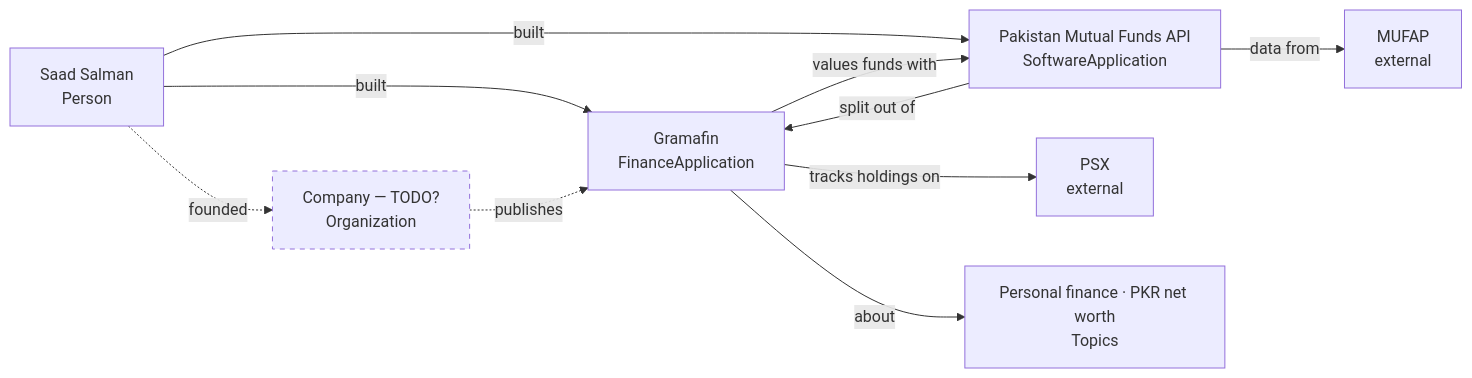
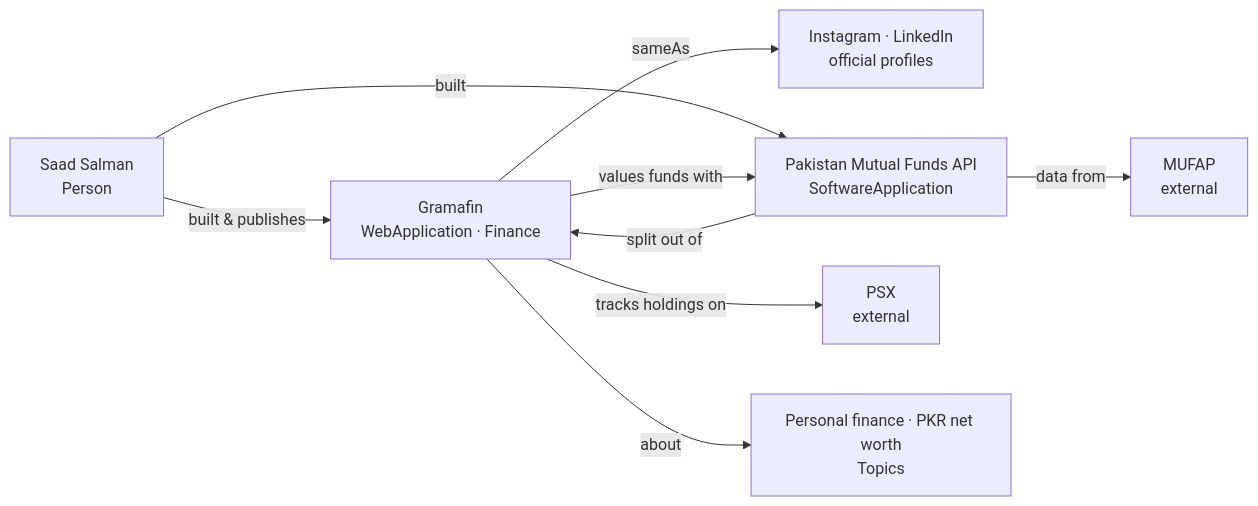
One commit to saadsalmankhan/entity-seo-skill changed the diagram in maps/gramafin.com/README.md. Above: the diagram before and after it, drawn with Mermaid. The commit also changed other lines of this file and 1 other file, not shown here.

First line of the commit message:
Update gramafin.com entity map with owner answers

````diff
--- a/maps/gramafin.com/README.md
+++ b/maps/gramafin.com/README.md
@@ -6,13 +6,12 @@
 ```mermaid
 graph LR
-  P[Saad Salman<br/>Person] -- built --> G[Gramafin<br/>FinanceApplication]
-  C[Company — TODO?<br/>Organization]:::todo -. publishes .-> G
-  P -. founded .-> C
+  P[Saad Salman<br/>Person] -- built & publishes --> G[Gramafin<br/>WebApplication · Finance]
+  G -- sameAs --> S[Instagram · LinkedIn<br/>official profiles]
   P -- built --> A[Pakistan Mutual Funds API<br/>SoftwareApplication]
   A -- split out of --> G
   G -- values funds with --> A
   A -- data from --> M[MUFAP<br/>external]
   G -- tracks holdings on --> X[PSX<br/>external]
   G -- about --> T[Personal finance · PKR net worth<br/>Topics]
   classDef todo stroke-dasharray: 5 5;
 ```
````
